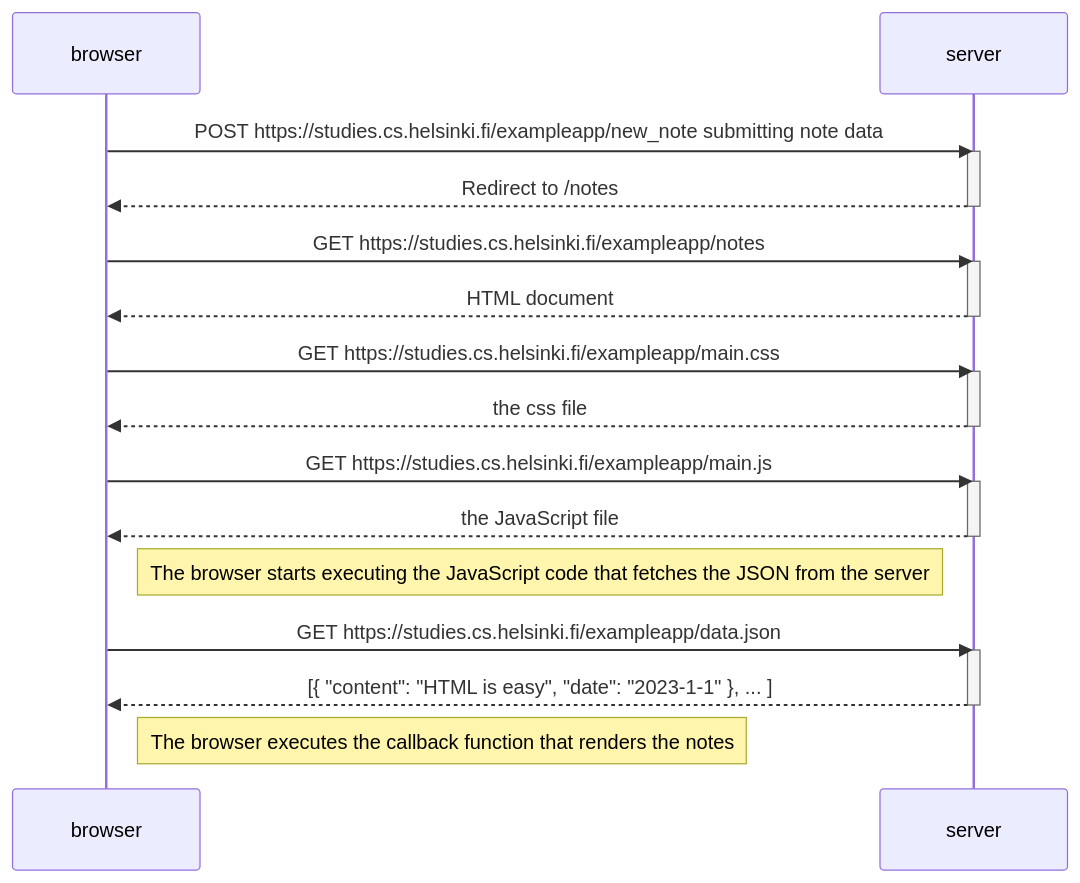
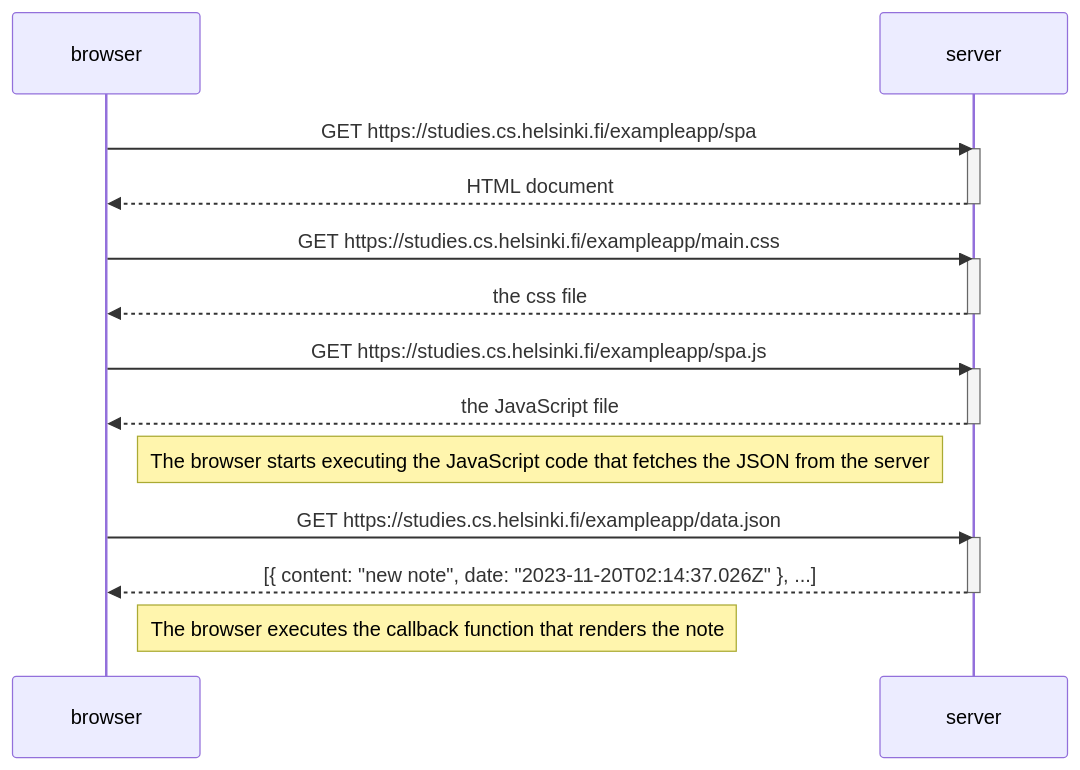
Before and after one commit to Niclas-L/fullstack_course: the diagram in part0/0_5.md, drawn with Mermaid.

Commit message:
finishing 0_5

````diff
--- a/part0/0_5.md
+++ b/part0/0_5.md
@@ -1,34 +1,29 @@
 ```mermaid
     sequenceDiagram
         participant browser
         participant server
 
-        browser->>server: POST https://studies.cs.helsinki.fi/exampleapp/new_note submitting note data
-        activate server
-        server-->>browser: Redirect to /notes
-        deactivate server
-
-        browser->>server: GET https://studies.cs.helsinki.fi/exampleapp/notes
+        browser->>server: GET https://studies.cs.helsinki.fi/exampleapp/spa
         activate server
         server-->>browser: HTML document
         deactivate server
 
         browser->>server: GET https://studies.cs.helsinki.fi/exampleapp/main.css
         activate server
         server-->>browser: the css file
         deactivate server
 
-        browser->>server: GET https://studies.cs.helsinki.fi/exampleapp/main.js
+        browser->>server: GET https://studies.cs.helsinki.fi/exampleapp/spa.js
         activate server
         server-->>browser: the JavaScript file
         deactivate server
 
         Note right of browser: The browser starts executing the JavaScript code that fetches the JSON from the server
 
         browser->>server: GET https://studies.cs.helsinki.fi/exampleapp/data.json
         activate server
-        server-->>browser: [{ "content": "HTML is easy", "date": "2023-1-1" }, ... ]
+        server-->>browser: [{ content: "new note", date: "2023-11-20T02:14:37.026Z" }, ...]
         deactivate server
 
-        Note right of browser: The browser executes the callback function that renders the notes
+        Note right of browser: The browser executes the callback function that renders the note
 ```
````
